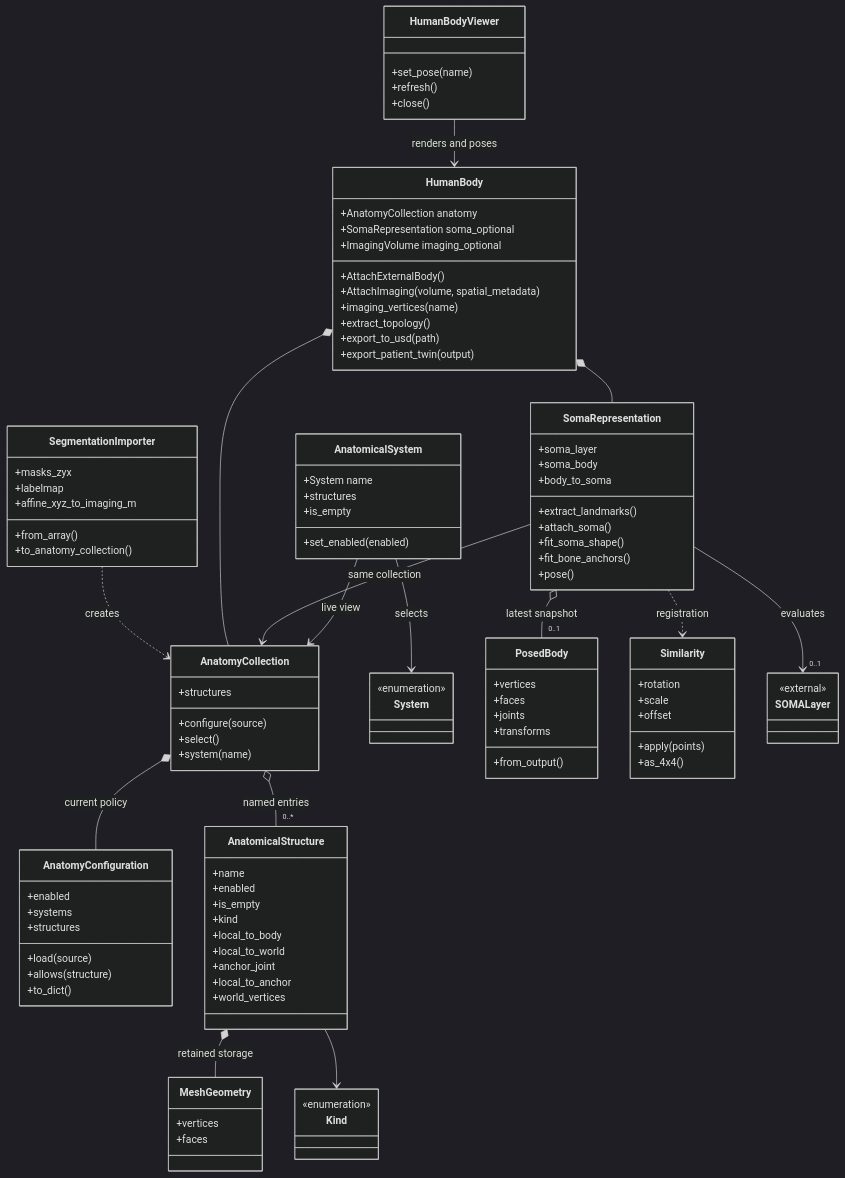
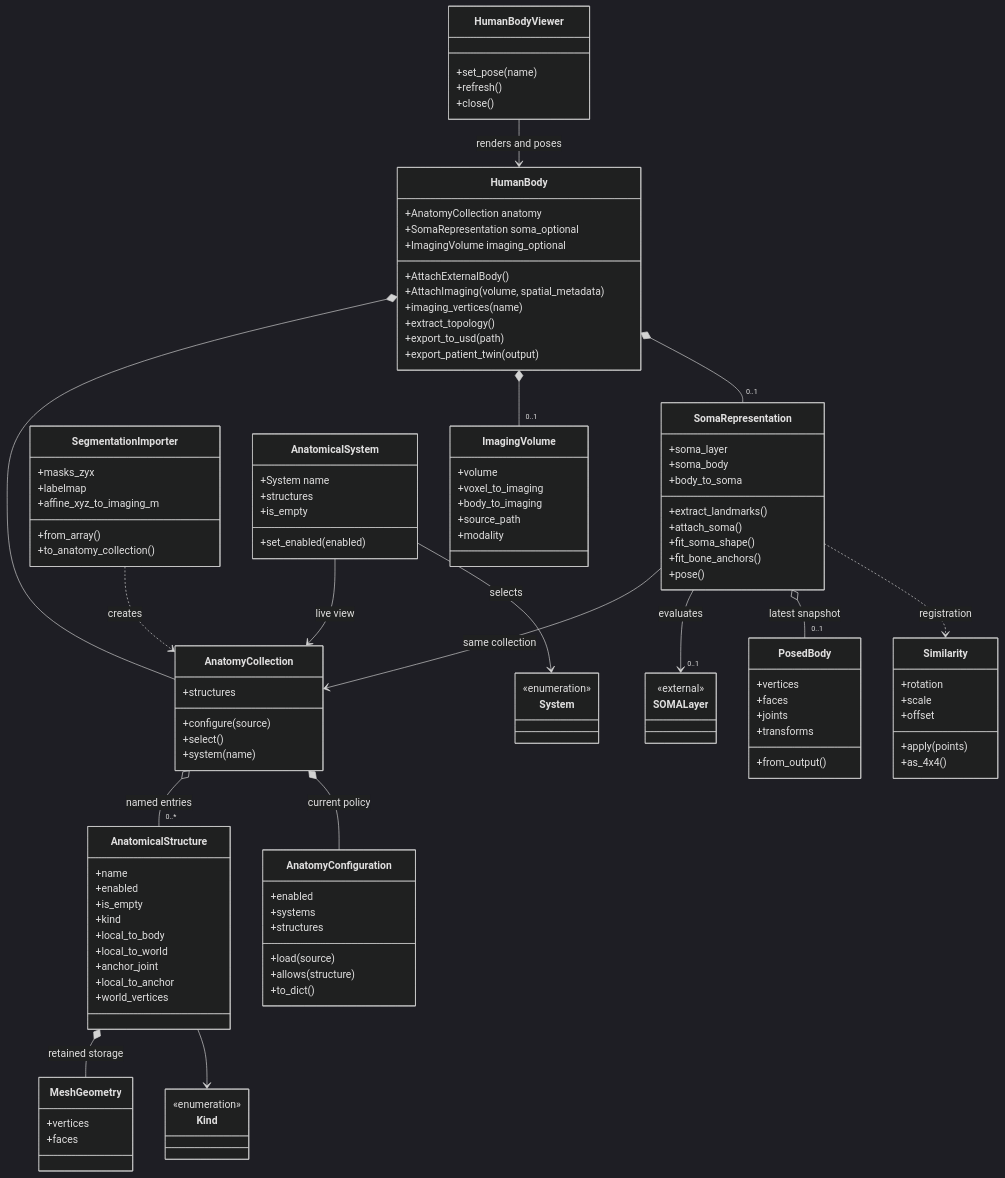
One commit to isaac-for-healthcare/i4h-digital-twin changed the diagram in patient-digital-twin/patient_digital_twin/README.md. Above: the diagram before and after it, drawn with Mermaid (dark theme). The commit also changed other lines of this file and 6 other files, not shown here.

```diff
--- a/patient-digital-twin/patient_digital_twin/README.md
+++ b/patient-digital-twin/patient_digital_twin/README.md
@@ -62,6 +65,13 @@
         +extract_topology()
         +export_to_usd(path)
         +export_patient_twin(output)
+    }
+    class ImagingVolume {
+        +volume
+        +voxel_to_imaging
+        +body_to_imaging
+        +source_path
+        +modality
     }
     class SegmentationImporter {
         +masks_zyx
@@ -146,7 +156,8 @@
 
     SegmentationImporter ..> AnatomyCollection : creates
     HumanBody *-- AnatomyCollection
-    HumanBody *-- SomaRepresentation
+    HumanBody *-- "0..1" ImagingVolume
+    HumanBody *-- "0..1" SomaRepresentation
     SomaRepresentation --> AnatomyCollection : same collection
     AnatomyCollection o-- "0..*" AnatomicalStructure : named entries
     AnatomyCollection *-- AnatomyConfiguration : current policy
```
